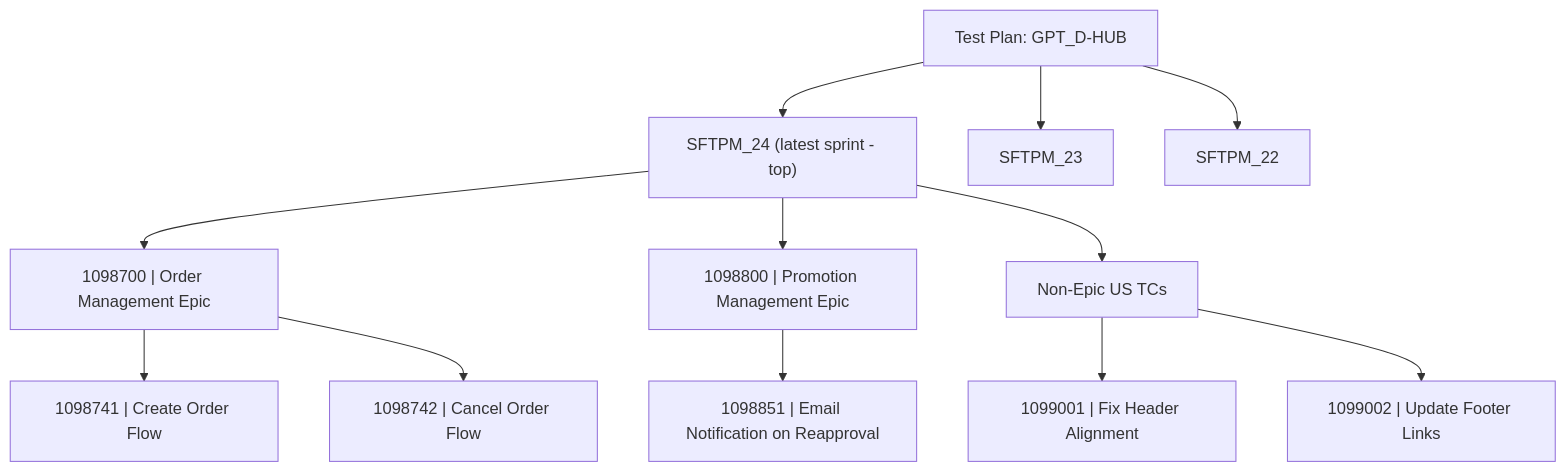
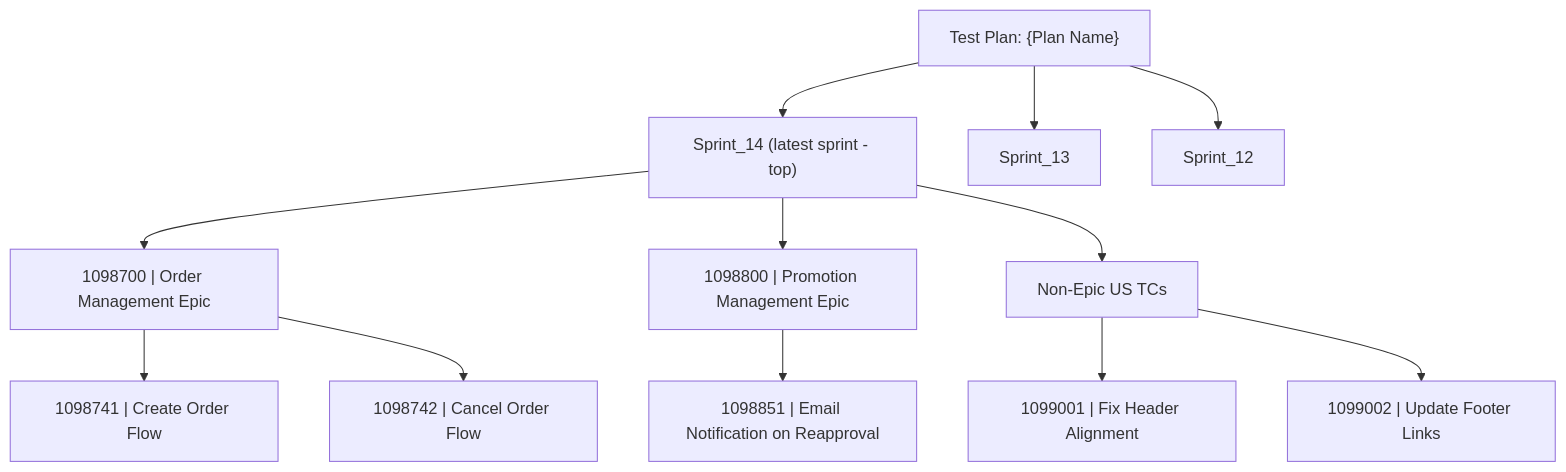
Before and after one commit to badgujar-kavita/ado-mcp-server: the second of 4 diagrams in docs/implementation.md, drawn with Mermaid. The commit also changed other lines of this file and 6 other files, not shown here.

````diff
--- a/docs/implementation.md
+++ b/docs/implementation.md
@@ -56,19 +56,19 @@
 ```mermaid
 flowchart TD
-    Plan["Test Plan: GPT_D-HUB"]
-    Plan --> S1["SFTPM_24 (latest sprint - top)"]
-    Plan --> S2["SFTPM_23"]
-    Plan --> S3["SFTPM_22"]
+    Plan["Test Plan: {Plan Name}"]
+    Plan --> S1["Sprint_14 (latest sprint - top)"]
+    Plan --> S2["Sprint_13"]
+    Plan --> S3["Sprint_12"]
 
     S1 --> P1["1098700 | Order Management Epic"]
     S1 --> P2["1098800 | Promotion Management Epic"]
     S1 --> NE["Non-Epic US TCs"]
 
     P1 --> US1["1098741 | Create Order Flow"]
     P1 --> US2["1098742 | Cancel Order Flow"]
 
     P2 --> US3["1098851 | Email Notification on Reapproval"]
 
     NE --> US4["1099001 | Fix Header Alignment"]
     NE --> US5["1099002 | Update Footer Links"]
 ```
````
